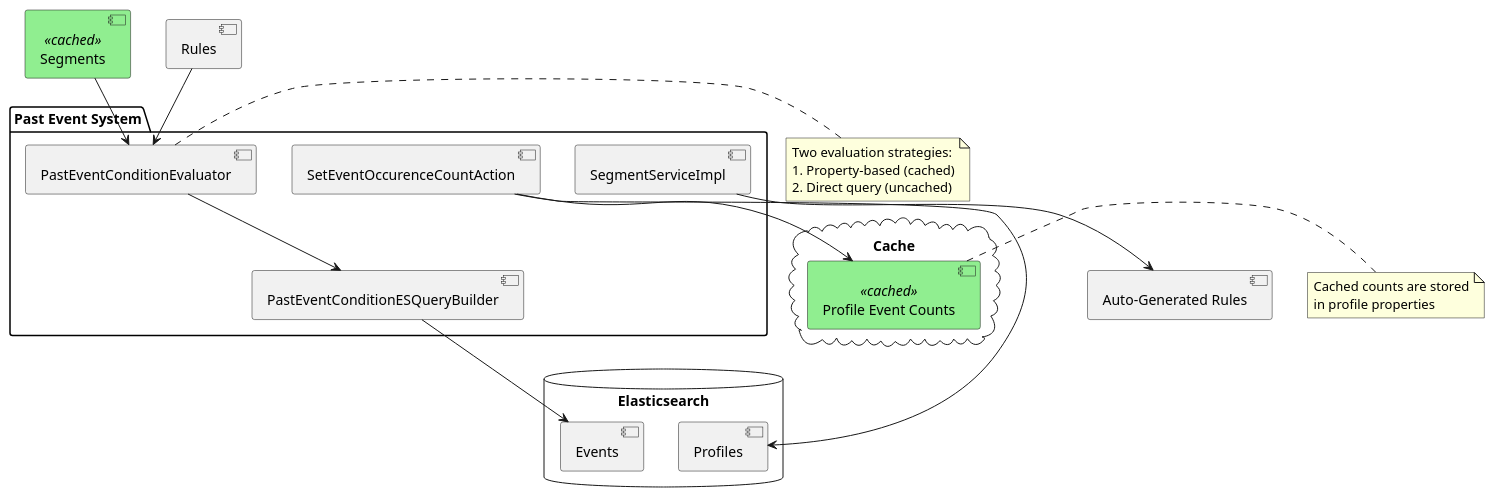
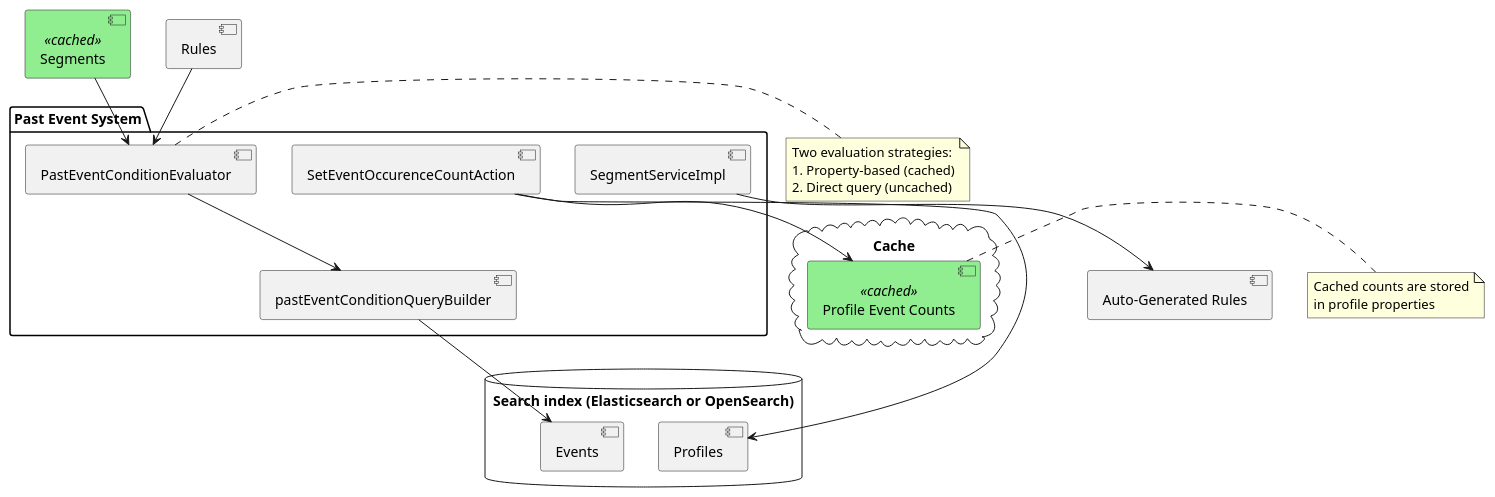
The fifth of 10 diagrams in manual/src/main/asciidoc/past-event-conditions.adoc (apache/unomi), drawn with PlantUML before and after one commit. The commit also changed other lines of this file and 273 other files, not shown here.

```diff
--- a/manual/src/main/asciidoc/past-event-conditions.adoc
+++ b/manual/src/main/asciidoc/past-event-conditions.adoc
@@ -396,49 +397,49 @@
 [plantuml]
 ----
 @startuml
 skinparam componentStyle uml2
 skinparam component {
   BackgroundColor<<cached>> LightGreen
   BackgroundColor<<uncached>> LightYellow
 }
 
 package "Past Event System" {
   [SetEventOccurenceCountAction] as action
   [PastEventConditionEvaluator] as evaluator
-  [PastEventConditionESQueryBuilder] as queryBuilder
+  [pastEventConditionQueryBuilder] as queryBuilder
   [SegmentServiceImpl] as segmentService
 }
 
-database "Elasticsearch" {
+database "Search index (Elasticsearch or OpenSearch)" as searchIndex {
   [Events] as events
   [Profiles] as profiles
 }
 
 cloud "Cache" {
   [Profile Event Counts] as counts <<cached>>
 }
 
 [Segments] <<cached>> as segments
 [Rules] as rules
 [Auto-Generated Rules] as autoRules
 
 segments --> evaluator
 rules --> evaluator
 evaluator --> queryBuilder
 queryBuilder --> events
 action --> profiles
 action --> counts
 segmentService --> autoRules
 
 note right of counts
   Cached counts are stored
   in profile properties
 end note
 
 note right of evaluator
   Two evaluation strategies:
   1. Property-based (cached)
   2. Direct query (uncached)
 end note
 @enduml
 ----
```
